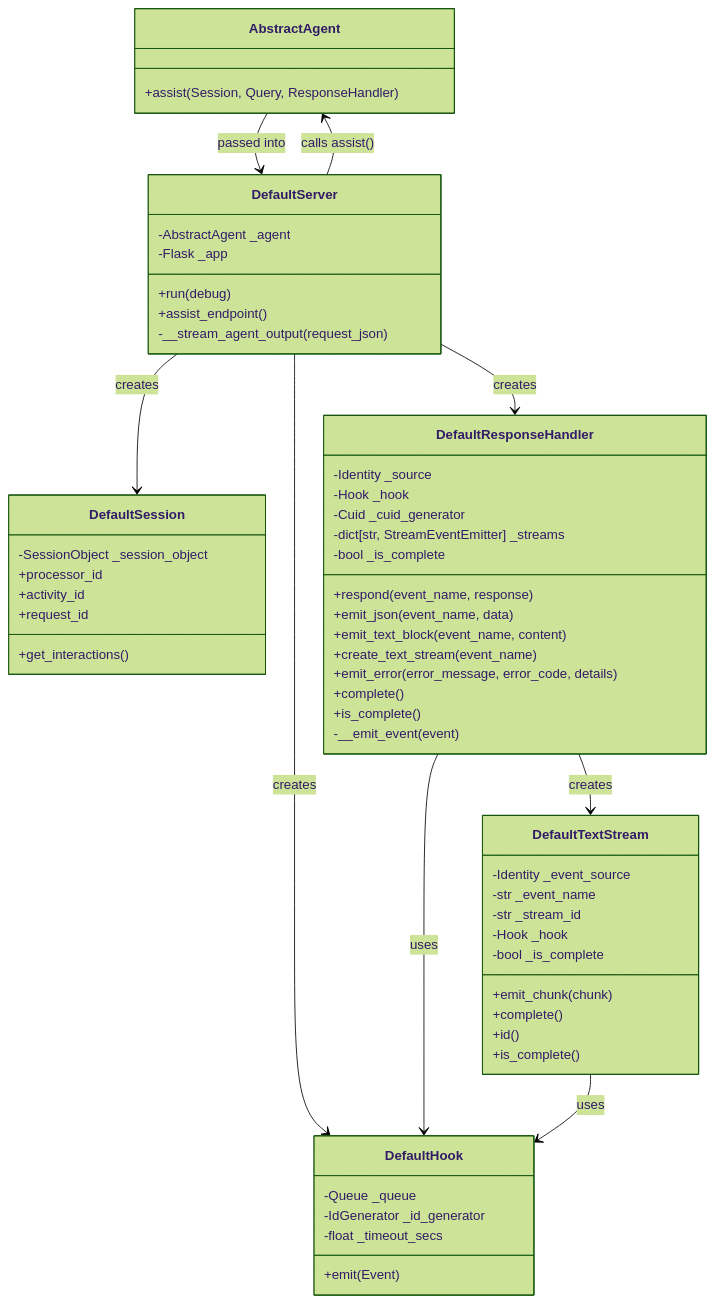
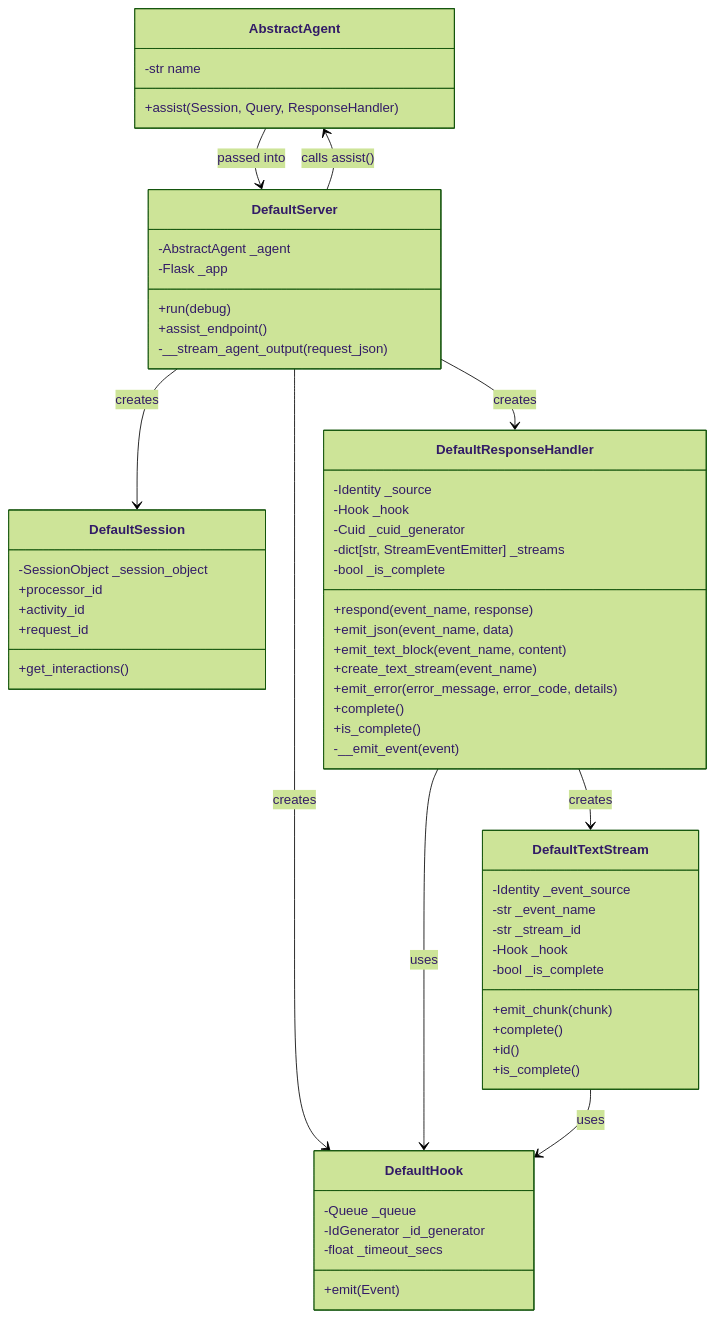
Before and after one commit to sentient-agi/Sentient-Agent-Framework: the first of 3 diagrams in src/sentient_agent_framework/implementation/README.md, drawn with Mermaid (forest theme). The commit also changed 1 other file, not shown here.

Commit message:
Update readme to reflect changes to abstractagent
- AbstractAgent takes in name (string) not identity (Identity)

````diff
--- a/src/sentient_agent_framework/implementation/README.md
+++ b/src/sentient_agent_framework/implementation/README.md
@@ -2,66 +2,67 @@
 ```mermaid
 classDiagram
     class AbstractAgent {
+        -str name
         +assist(Session, Query, ResponseHandler)
     }
 
     class DefaultServer {
         -AbstractAgent _agent
         -Flask _app
         +run(debug)
         +assist_endpoint()
         -__stream_agent_output(request_json)
     }
 
     class DefaultSession {
         -SessionObject _session_object
         +processor_id
         +activity_id
         +request_id
         +get_interactions()
     }
 
     class DefaultHook {
         -Queue _queue
         -IdGenerator _id_generator
         -float _timeout_secs
         +emit(Event)
     }
     
     class DefaultResponseHandler {
         -Identity _source
         -Hook _hook
         -Cuid _cuid_generator
         -dict[str, StreamEventEmitter] _streams
         -bool _is_complete
         +respond(event_name, response)
         +emit_json(event_name, data)
         +emit_text_block(event_name, content)
         +create_text_stream(event_name)
         +emit_error(error_message, error_code, details)
         +complete()
         +is_complete()
         -__emit_event(event)
     }
     
     class DefaultTextStream {
         -Identity _event_source
         -str _event_name
         -str _stream_id
         -Hook _hook
         -bool _is_complete
         +emit_chunk(chunk)
         +complete()
         +id()
         +is_complete()
     }
     
     AbstractAgent --> DefaultServer : passed into
     DefaultServer --> DefaultSession : creates
     DefaultServer --> DefaultHook : creates
     DefaultServer --> DefaultResponseHandler : creates
     DefaultServer --> AbstractAgent : calls assist()
     DefaultResponseHandler --> DefaultHook : uses
     DefaultResponseHandler --> DefaultTextStream : creates
     DefaultTextStream --> DefaultHook : uses
 ```
````
